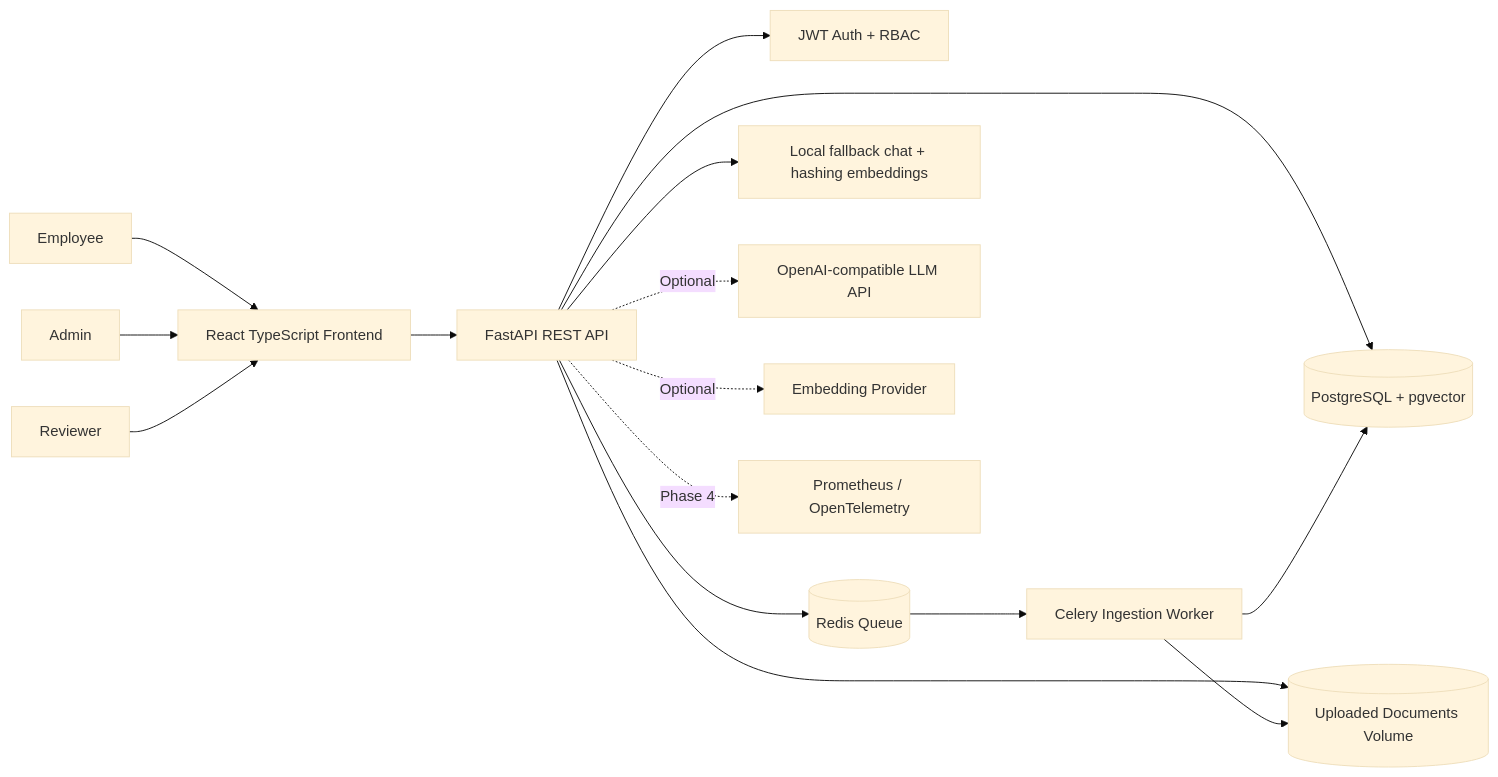
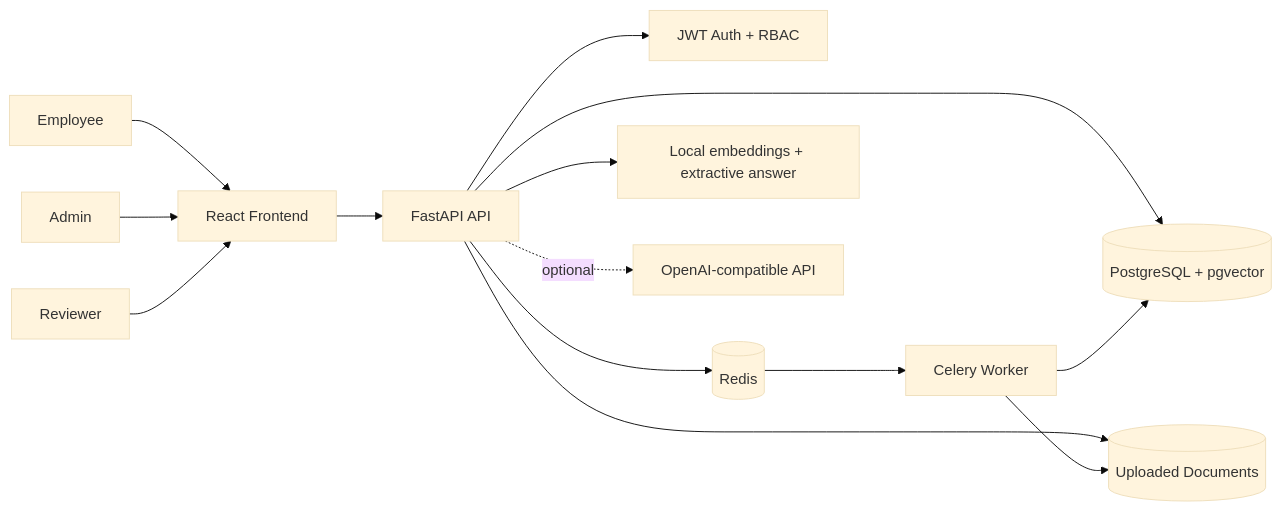
Before and after one commit to rahul2333/enterprise-rag-governance: the first of 2 diagrams in README.md, drawn with Mermaid (base theme). The commit also changed other lines of this file, not shown here.

````diff
--- a/README.md
+++ b/README.md
@@ -40,20 +75,17 @@
 ```mermaid
 flowchart LR
-  Employee["Employee"] --> UI["React TypeScript Frontend"]
+  Employee["Employee"] --> UI["React Frontend"]
   Admin["Admin"] --> UI
   Reviewer["Reviewer"] --> UI
 
-  UI --> API["FastAPI REST API"]
+  UI --> API["FastAPI API"]
   API --> Auth["JWT Auth + RBAC"]
   API --> DB[("PostgreSQL + pgvector")]
-  API --> Redis[("Redis Queue")]
-  API --> Files[("Uploaded Documents Volume")]
-  Redis --> Worker["Celery Ingestion Worker"]
+  API --> Redis[("Redis")]
+  API --> Files[("Uploaded Documents")]
+  Redis --> Worker["Celery Worker"]
   Worker --> Files
   Worker --> DB
-
-  API --> LocalAI["Local fallback chat + hashing embeddings"]
-  API -. Optional .-> LLM["OpenAI-compatible LLM API"]
-  API -. Optional .-> Embed["Embedding Provider"]
-  API -. Phase 4 .-> Metrics["Prometheus / OpenTelemetry"]
+  API --> LocalRAG["Local embeddings + extractive answer"]
+  API -. optional .-> LLM["OpenAI-compatible API"]
 ```
````
